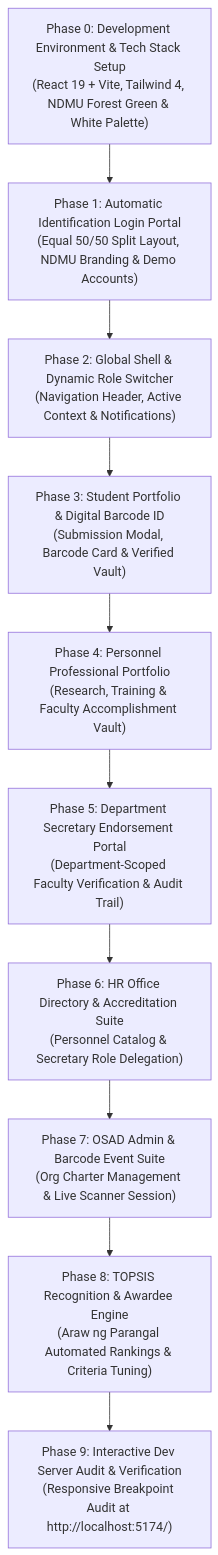
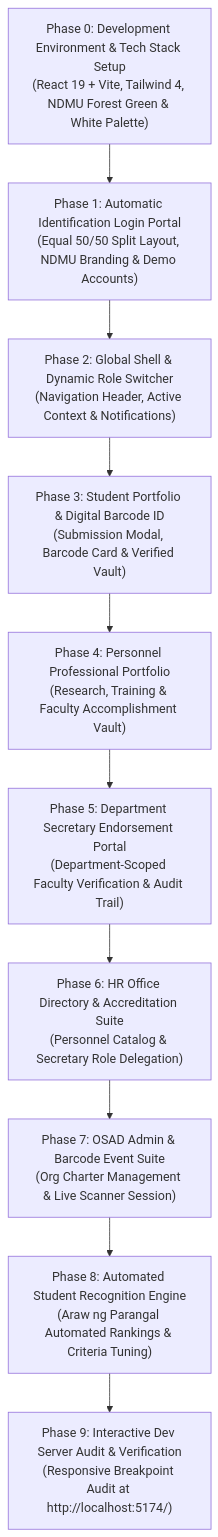
The first of 2 diagrams in implementation_plan.md (Astherisk1229/AchieveNest), drawn with Mermaid before and after one commit. The commit also changed other lines of this file and 26 other files, not shown here.

````diff
--- a/implementation_plan.md
+++ b/implementation_plan.md
@@ -18,12 +18,12 @@
 ```mermaid
 flowchart TD
     P0["Phase 0: Development Environment & Tech Stack Setup<br/>(React 19 + Vite, Tailwind 4, NDMU Forest Green & White Palette)"] --> P1["Phase 1: Automatic Identification Login Portal<br/>(Equal 50/50 Split Layout, NDMU Branding & Demo Accounts)"]
     P1 --> P2["Phase 2: Global Shell & Dynamic Role Switcher<br/>(Navigation Header, Active Context & Notifications)"]
     P2 --> P3["Phase 3: Student Portfolio & Digital Barcode ID<br/>(Submission Modal, Barcode Card & Verified Vault)"]
     P3 --> P4["Phase 4: Personnel Professional Portfolio<br/>(Research, Training & Faculty Accomplishment Vault)"]
     P4 --> P5["Phase 5: Department Secretary Endorsement Portal<br/>(Department-Scoped Faculty Verification & Audit Trail)"]
     P5 --> P6["Phase 6: HR Office Directory & Accreditation Suite<br/>(Personnel Catalog & Secretary Role Delegation)"]
     P6 --> P7["Phase 7: OSAD Admin & Barcode Event Suite<br/>(Org Charter Management & Live Scanner Session)"]
-    P7 --> P8["Phase 8: TOPSIS Recognition & Awardee Engine<br/>(Araw ng Parangal Automated Rankings & Criteria Tuning)"]
+    P7 --> P8["Phase 8: Automated Student Recognition Engine<br/>(Araw ng Parangal Automated Rankings & Criteria Tuning)"]
     P8 --> P9["Phase 9: Interactive Dev Server Audit & Verification<br/>(Responsive Breakpoint Audit at http://localhost:5174/)"]
 ```
````
